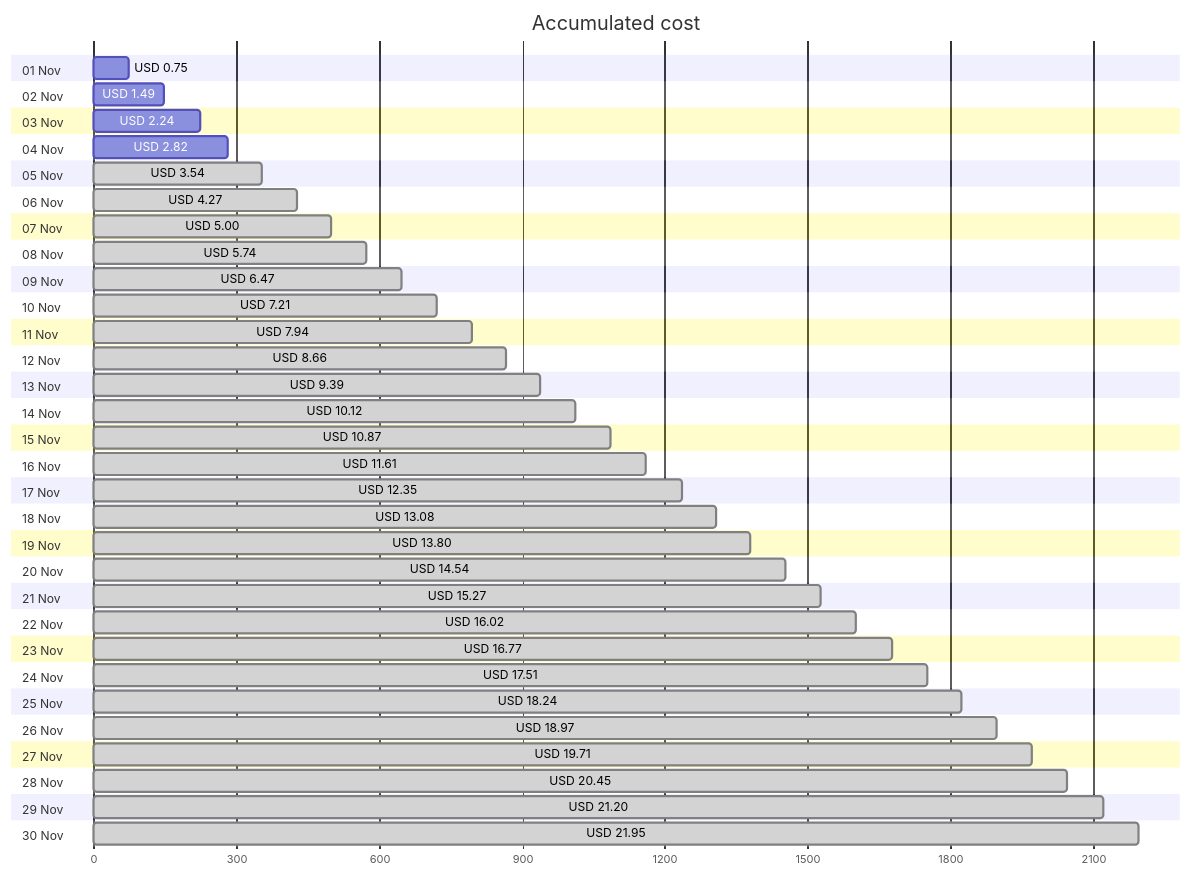
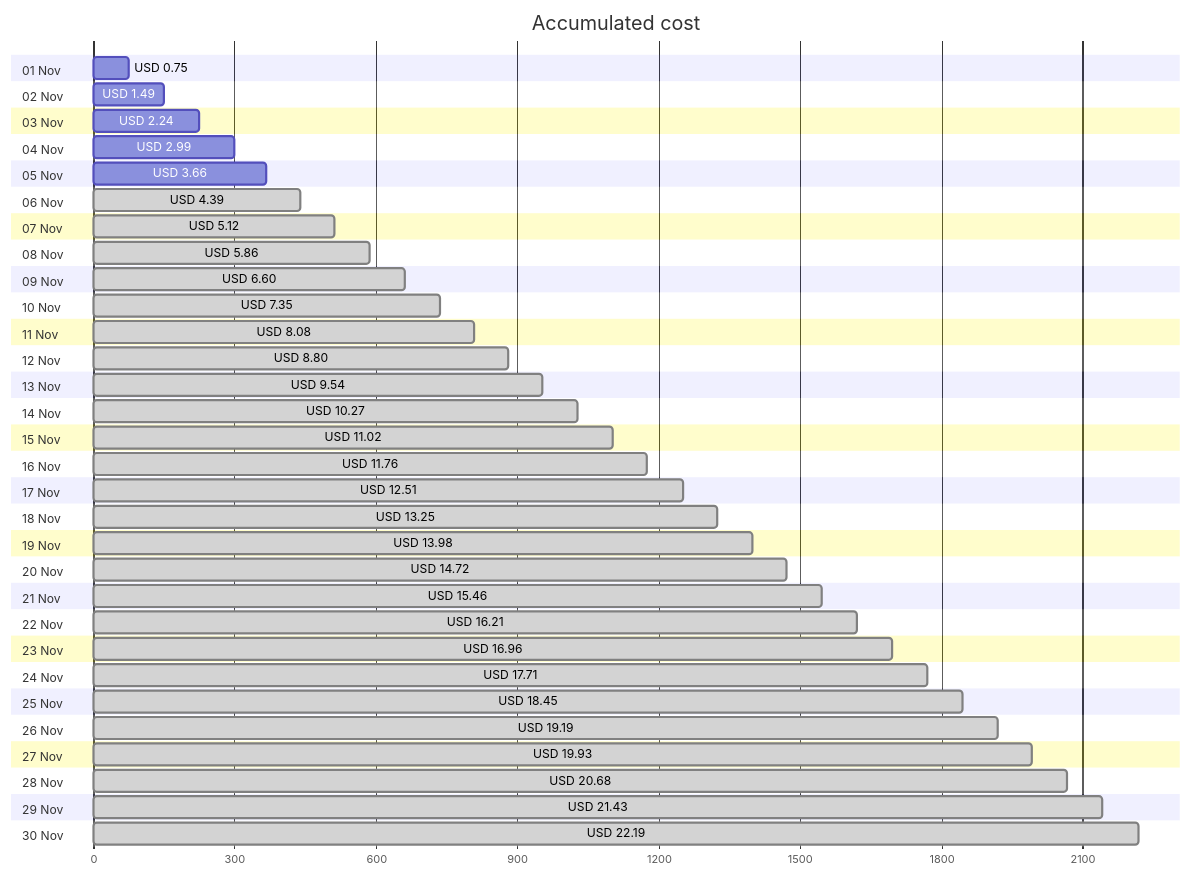
The first of 4 diagrams in cost-reports/personal-network/backup-server-data-disk.md (jpfulton/azure-personal-reports), drawn with Mermaid before and after one commit. The commit also changed other lines of this file and 8 other files, not shown here.

````diff
--- a/cost-reports/personal-network/backup-server-data-disk.md
+++ b/cost-reports/personal-network/backup-server-data-disk.md
@@ -20,66 +20,66 @@
 ```mermaid
 gantt
    title Accumulated cost
    dateFormat  X
    axisFormat %s
    section 01 Nov
    USD 0.75 :0, 75
    section 02 Nov
    USD 1.49 :0, 149
    section 03 Nov
    USD 2.24 :0, 224
    section 04 Nov
-   USD 2.82 :0, 282
+   USD 2.99 :0, 299
    section 05 Nov
-   USD 3.54 : done, 0, 354
+   USD 3.66 :0, 366
    section 06 Nov
-   USD 4.27 : done, 0, 427
+   USD 4.39 : done, 0, 439
    section 07 Nov
-   USD 5.00 : done, 0, 500
+   USD 5.12 : done, 0, 512
    section 08 Nov
-   USD 5.74 : done, 0, 574
+   USD 5.86 : done, 0, 586
    section 09 Nov
-   USD 6.47 : done, 0, 647
+   USD 6.60 : done, 0, 660
    section 10 Nov
-   USD 7.21 : done, 0, 721
+   USD 7.35 : done, 0, 735
    section 11 Nov
-   USD 7.94 : done, 0, 794
+   USD 8.08 : done, 0, 808
    section 12 Nov
-   USD 8.66 : done, 0, 866
+   USD 8.80 : done, 0, 880
    section 13 Nov
-   USD 9.39 : done, 0, 939
+   USD 9.54 : done, 0, 954
    section 14 Nov
-   USD 10.12 : done, 0, 1012
+   USD 10.27 : done, 0, 1027
    section 15 Nov
-   USD 10.87 : done, 0, 1087
+   USD 11.02 : done, 0, 1102
    section 16 Nov
-   USD 11.61 : done, 0, 1161
+   USD 11.76 : done, 0, 1176
    section 17 Nov
-   USD 12.35 : done, 0, 1235
+   USD 12.51 : done, 0, 1251
    section 18 Nov
-   USD 13.08 : done, 0, 1308
+   USD 13.25 : done, 0, 1325
    section 19 Nov
-   USD 13.80 : done, 0, 1380
+   USD 13.98 : done, 0, 1398
    section 20 Nov
-   USD 14.54 : done, 0, 1454
+   USD 14.72 : done, 0, 1472
    section 21 Nov
-   USD 15.27 : done, 0, 1527
+   USD 15.46 : done, 0, 1546
    section 22 Nov
-   USD 16.02 : done, 0, 1602
+   USD 16.21 : done, 0, 1621
    section 23 Nov
-   USD 16.77 : done, 0, 1677
+   USD 16.96 : done, 0, 1696
    section 24 Nov
-   USD 17.51 : done, 0, 1751
+   USD 17.71 : done, 0, 1771
    section 25 Nov
-   USD 18.24 : done, 0, 1824
+   USD 18.45 : done, 0, 1845
    section 26 Nov
-   USD 18.97 : done, 0, 1897
+   USD 19.19 : done, 0, 1919
    section 27 Nov
-   USD 19.71 : done, 0, 1971
+   USD 19.93 : done, 0, 1993
    section 28 Nov
-   USD 20.45 : done, 0, 2045
+   USD 20.68 : done, 0, 2068
    section 29 Nov
-   USD 21.20 : done, 0, 2120
+   USD 21.43 : done, 0, 2143
    section 30 Nov
-   USD 21.95 : done, 0, 2195
+   USD 22.19 : done, 0, 2219
 ```
````
